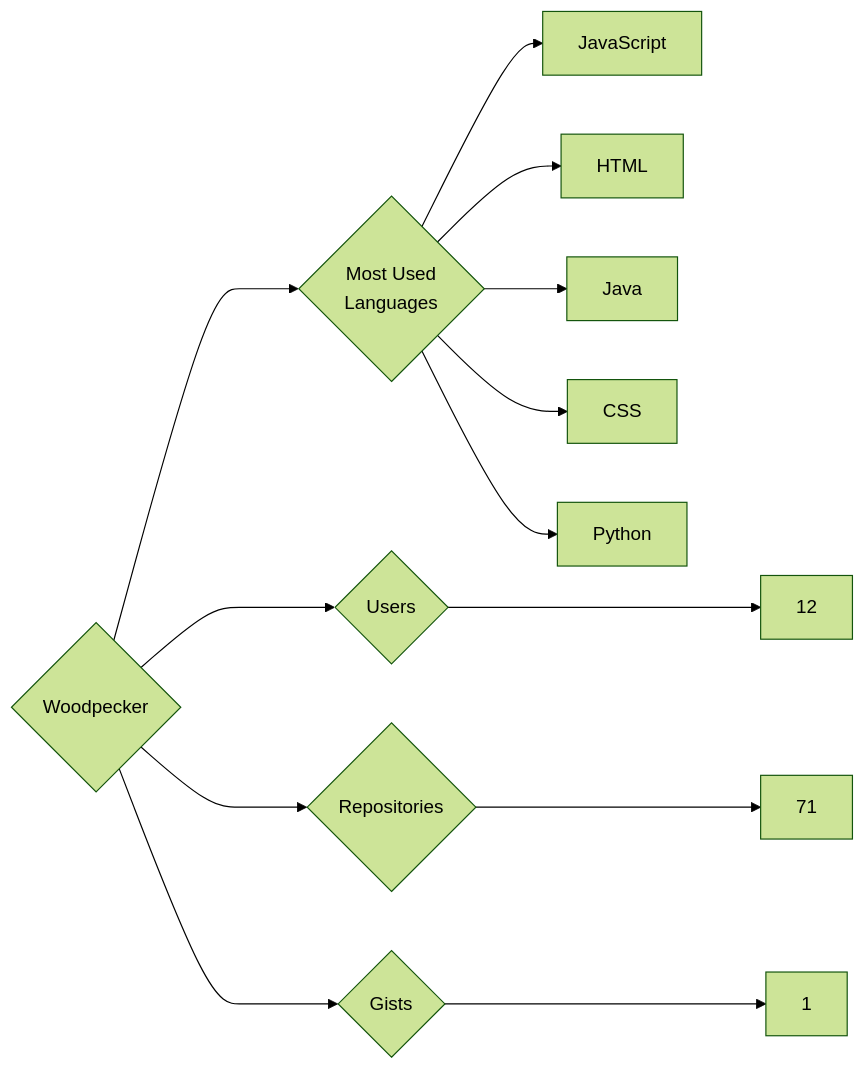
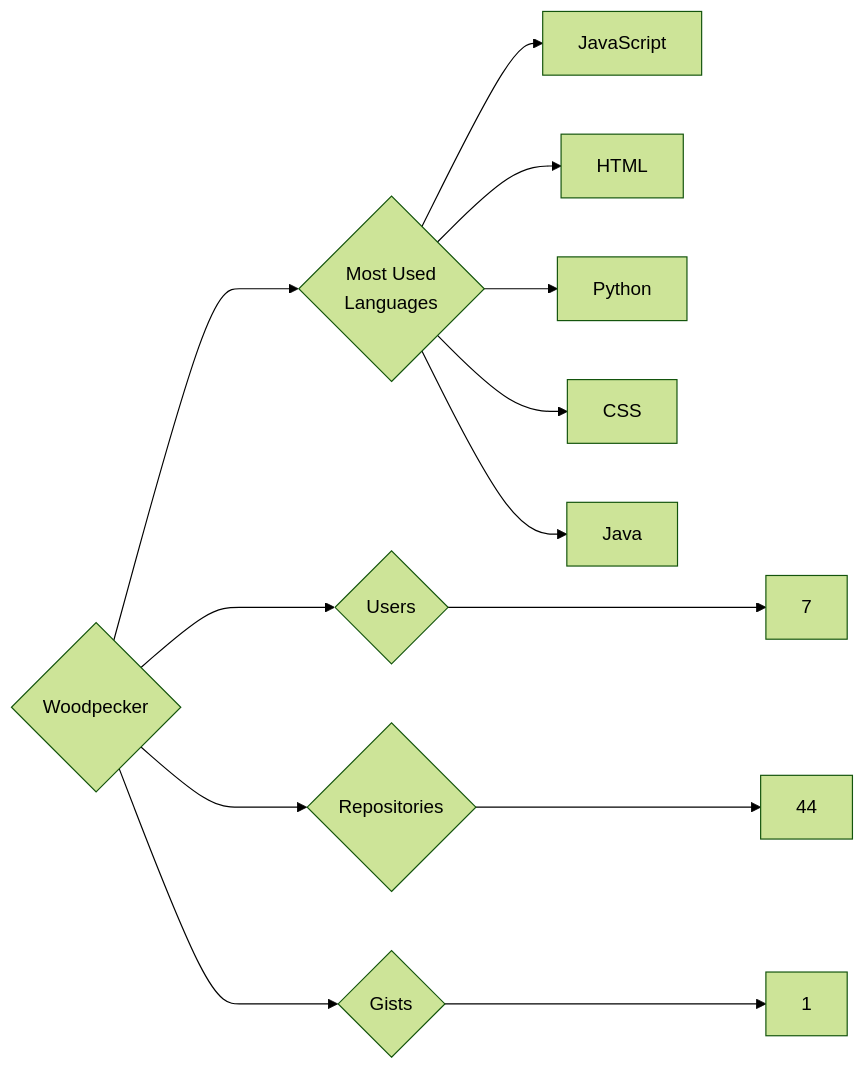
Before and after one commit to trickest/insiders: the diagram in targets/Woodpecker/README.md, drawn with Mermaid (forest theme). The commit also changed 1479 other files, not shown here.

````diff
--- a/targets/Woodpecker/README.md
+++ b/targets/Woodpecker/README.md
@@ -3,13 +3,13 @@
 ```mermaid
 graph LR
 COMPANY_NAME{Woodpecker}
-COMPANY_NAME ---> U{Users} ---> UN[12]
-COMPANY_NAME ---> R{Repositories} ---> RN[71]
+COMPANY_NAME ---> U{Users} ---> UN[7]
+COMPANY_NAME ---> R{Repositories} ---> RN[44]
 COMPANY_NAME ---> G{Gists} ---> GN[1]
 COMPANY_NAME ---> ML{Most Used<br>Languages}
 ML --> JavaScript[JavaScript]
 ML --> HTML[HTML]
+ML --> Python[Python]
+ML --> CSS[CSS]
 ML --> Java[Java]
-ML --> CSS[CSS]
-ML --> Python[Python]
 ```
````
